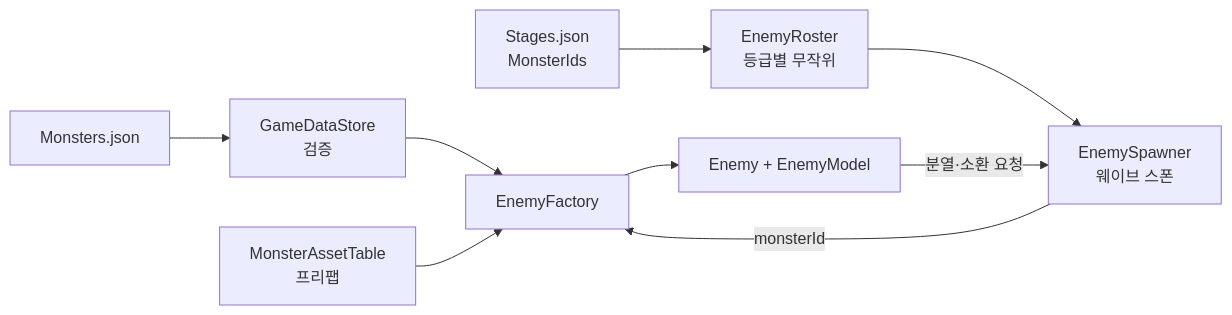
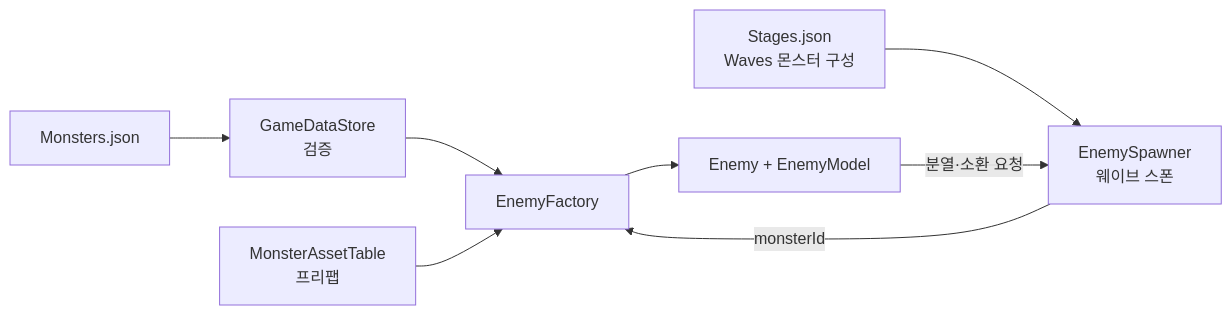
Before and after one commit to Sparta-fourTeam/client: the diagram in docs/enemy.md, drawn with Mermaid. The commit also changed other lines of this file and 26 other files, not shown here.

````diff
--- a/docs/enemy.md
+++ b/docs/enemy.md
@@ -24,11 +23,10 @@
 ```mermaid
 flowchart LR
     M[Monsters.json] --> G[GameDataStore<br/>검증]
-    S[Stages.json<br/>MonsterIds] --> R[EnemyRoster<br/>등급별 무작위]
+    S[Stages.json<br/>Waves 몬스터 구성] --> P[EnemySpawner<br/>웨이브 스폰]
     G --> F[EnemyFactory]
-    R --> P[EnemySpawner<br/>웨이브 스폰]
     P -->|monsterId| F
     A[MonsterAssetTable<br/>프리팹] --> F
     F --> E[Enemy + EnemyModel]
     E -->|분열·소환 요청| P
 ```
````
